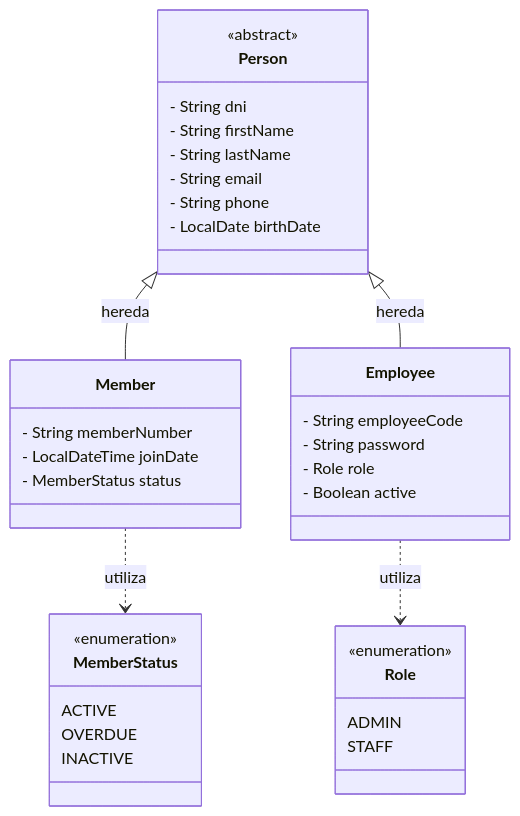
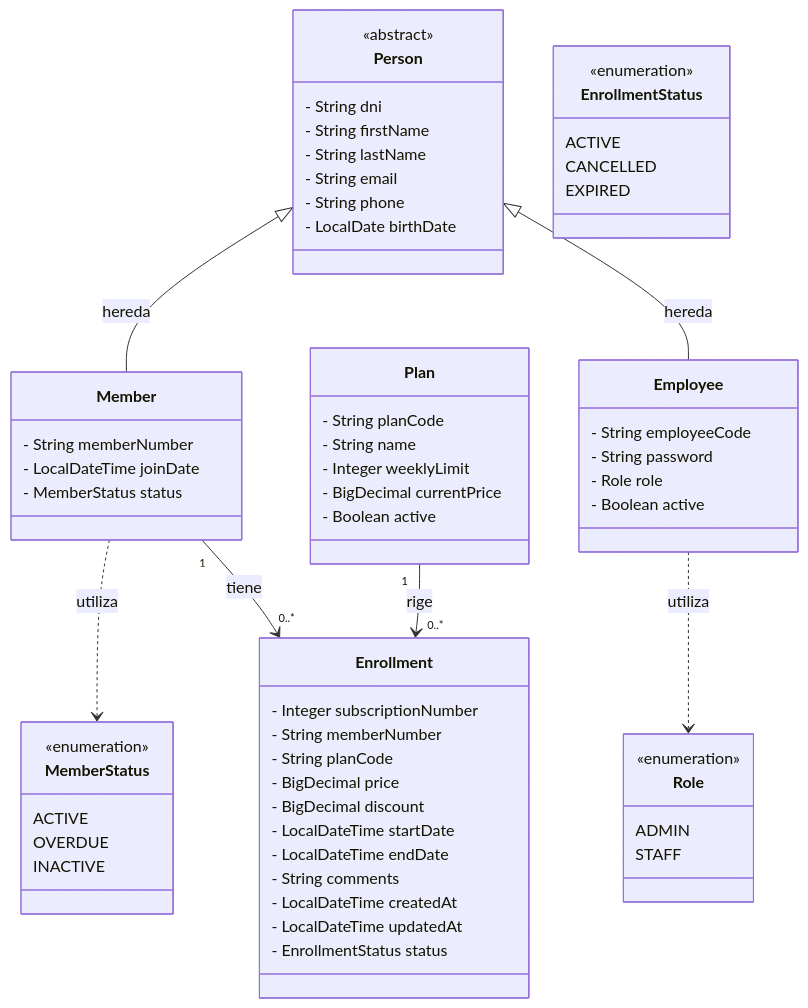
One commit to santiagovOK/TFI_grupo144 changed the first of 2 diagrams in docs/entidades.md. Above: the diagram before and after it, drawn with Mermaid. The commit also changed other lines of this file and 4 other files, not shown here.

````diff
--- a/docs/entidades.md
+++ b/docs/entidades.md
@@ -13,45 +13,76 @@
 ```mermaid
 classDiagram
     direction TB
 
     class Person {
         <<abstract>>
         - String dni
         - String firstName
         - String lastName
         - String email
         - String phone
         - LocalDate birthDate
     }
 
     class Member {
         - String memberNumber
         - LocalDateTime joinDate
         - MemberStatus status
     }
 
     class Employee {
         - String employeeCode
         - String password
         - Role role
         - Boolean active
     }
 
+    class Plan {
+        - String planCode
+        - String name
+        - Integer weeklyLimit
+        - BigDecimal currentPrice
+        - Boolean active
+    }
+
+    class Enrollment {
+        - Integer subscriptionNumber
+        - String memberNumber
+        - String planCode
+        - BigDecimal price
+        - BigDecimal discount
+        - LocalDateTime startDate
+        - LocalDateTime endDate
+        - String comments
+        - LocalDateTime createdAt
+        - LocalDateTime updatedAt
+        - EnrollmentStatus status
+    }
+
+    class EnrollmentStatus {
+        <<enumeration>>
+        ACTIVE
+        CANCELLED
+        EXPIRED
+    }
     class Role {
         <<enumeration>>
         ADMIN
         STAFF
     }
 
     class MemberStatus {
         <<enumeration>>
         ACTIVE
         OVERDUE
         INACTIVE
     }
 
+
     Person <|-- Member : hereda
     Person <|-- Employee : hereda
     Employee ..> Role : utiliza
     Member ..> MemberStatus : utiliza
+    Member "1" --> "0..*" Enrollment : tiene
+    Plan "1" --> "0..*" Enrollment : rige
 ```
````
